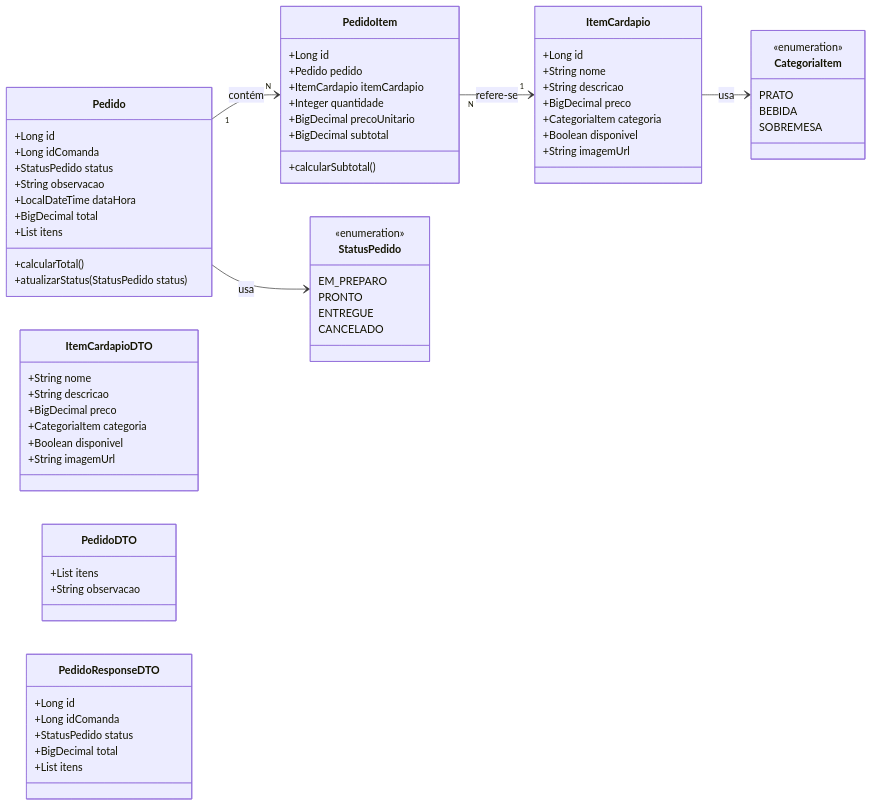
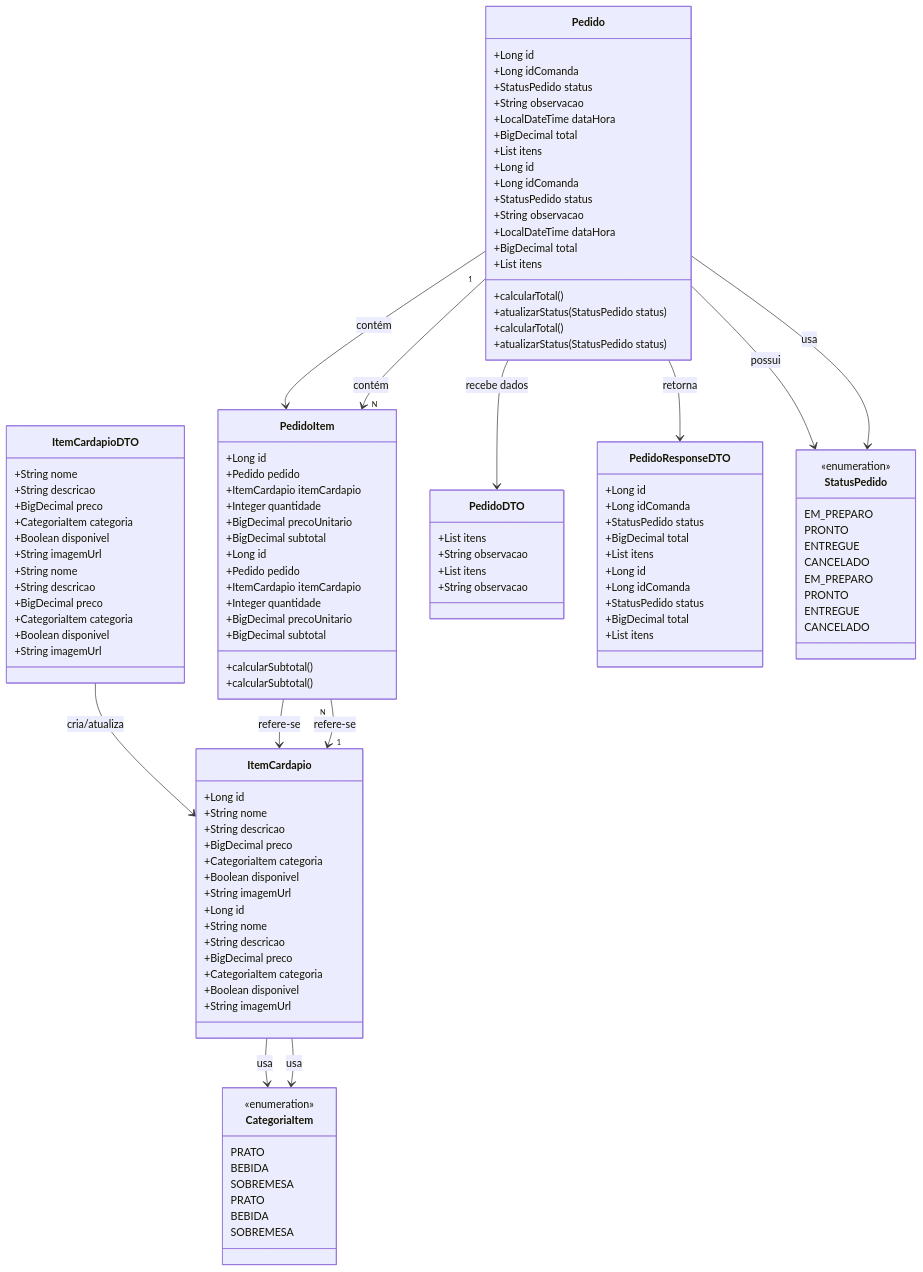
Before and after one commit to alanerochaa/pedix-api: the second of 2 diagrams in README.md, drawn with Mermaid.

Commit message:
Ajustes no README.md

```diff
--- a/README.md
+++ b/README.md
@@ -834,7 +834,103 @@
     }
 
     %% ===========================
-    %% RELACIONAMENTOS
+    %% RELACIONAMENTOSclassDiagram
+    direction TB
+
+    %% ===========================
+    %% ENTIDADES (domain)
+    %% ===========================
+
+    class ItemCardapio {
+        +Long id
+        +String nome
+        +String descricao
+        +BigDecimal preco
+        +CategoriaItem categoria
+        +Boolean disponivel
+        +String imagemUrl
+    }
+
+    class Pedido {
+        +Long id
+        +Long idComanda
+        +StatusPedido status
+        +String observacao
+        +LocalDateTime dataHora
+        +BigDecimal total
+        +List<PedidoItem> itens
+        +calcularTotal()
+        +atualizarStatus(StatusPedido status)
+    }
+
+    class PedidoItem {
+        +Long id
+        +Pedido pedido
+        +ItemCardapio itemCardapio
+        +Integer quantidade
+        +BigDecimal precoUnitario
+        +BigDecimal subtotal
+        +calcularSubtotal()
+    }
+
+    %% ===========================
+    %% DTOS
+    %% ===========================
+
+    class ItemCardapioDTO {
+        +String nome
+        +String descricao
+        +BigDecimal preco
+        +CategoriaItem categoria
+        +Boolean disponivel
+        +String imagemUrl
+    }
+
+    class PedidoDTO {
+        +List<PedidoItemDTO> itens
+        +String observacao
+    }
+
+    class PedidoResponseDTO {
+        +Long id
+        +Long idComanda
+        +StatusPedido status
+        +BigDecimal total
+        +List<PedidoItemResponseDTO> itens
+    }
+
+    %% ===========================
+    %% ENUMS
+    %% ===========================
+
+    class CategoriaItem {
+        <<enumeration>>
+        PRATO
+        BEBIDA
+        SOBREMESA
+    }
+
+    class StatusPedido {
+        <<enumeration>>
+        EM_PREPARO
+        PRONTO
+        ENTREGUE
+        CANCELADO
+    }
+
+    %% ===========================
+    %% RELACIONAMENTOS (baseados no seu esquema)
+    %% ===========================
+
+    ItemCardapioDTO --> ItemCardapio : cria/atualiza
+    ItemCardapio --> CategoriaItem : usa
+
+    PedidoItem --> ItemCardapio : refere-se
+    Pedido --> PedidoItem : contém
+    Pedido --> StatusPedido : possui
+    Pedido --> PedidoResponseDTO : retorna
+    Pedido --> PedidoDTO : recebe dados
+
     %% ===========================
 
     Pedido "1" --> "N" PedidoItem : contém
```
